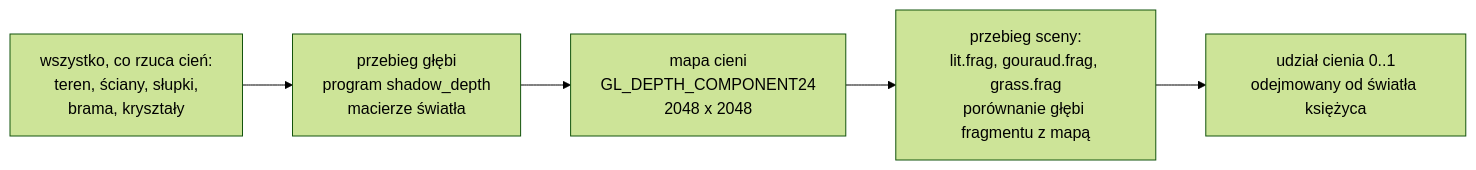
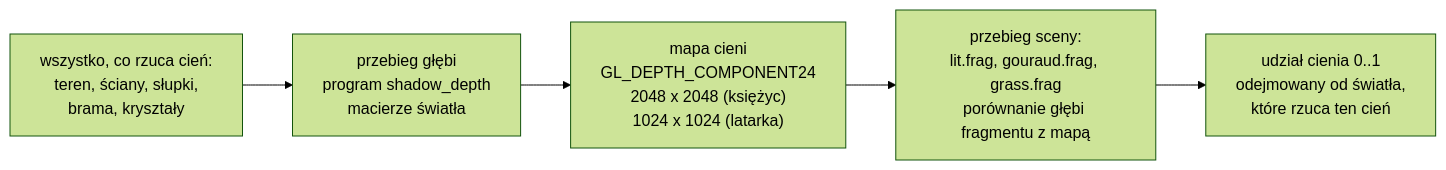
One commit to Shironex/night-maze changed the diagram in docs/modules/renderer/shadows.md. Above: the diagram before and after it, drawn with Mermaid (forest theme). The commit also changed other lines of this file and 68 other files, not shown here.

````diff
--- a/docs/modules/renderer/shadows.md
+++ b/docs/modules/renderer/shadows.md
@@ -48,7 +53,7 @@
 ```mermaid
 flowchart LR
     Casters["wszystko, co rzuca cień:<br/>teren, ściany, słupki,<br/>brama, kryształy"] --> DepthPass["przebieg głębi<br/>program shadow_depth<br/>macierze światła"]
-    DepthPass --> Map["mapa cieni<br/>GL_DEPTH_COMPONENT24<br/>2048 x 2048"]
+    DepthPass --> Map["mapa cieni<br/>GL_DEPTH_COMPONENT24<br/>2048 x 2048 (księżyc)<br/>1024 x 1024 (latarka)"]
     Map --> Lookup["przebieg sceny:<br/>lit.frag, gouraud.frag, grass.frag<br/>porównanie głębi fragmentu z mapą"]
-    Lookup --> Result["udział cienia 0..1<br/>odejmowany od światła księżyca"]
+    Lookup --> Result["udział cienia 0..1<br/>odejmowany od światła,<br/>które rzuca ten cień"]
 ```
````
